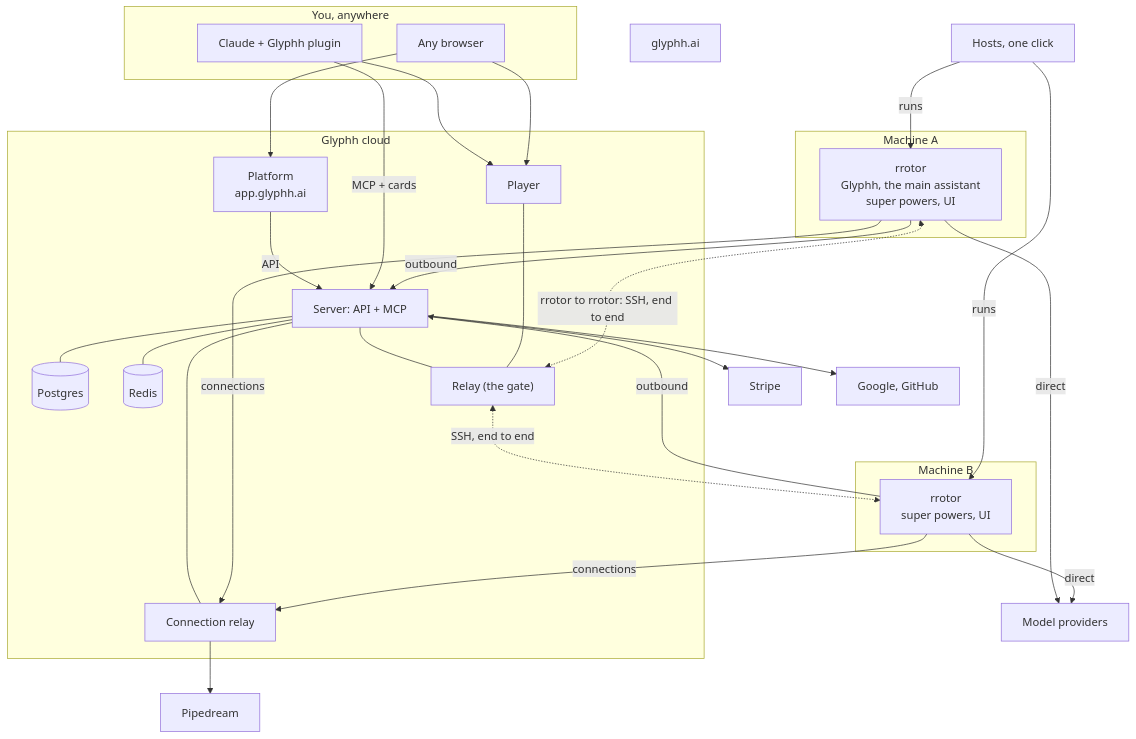
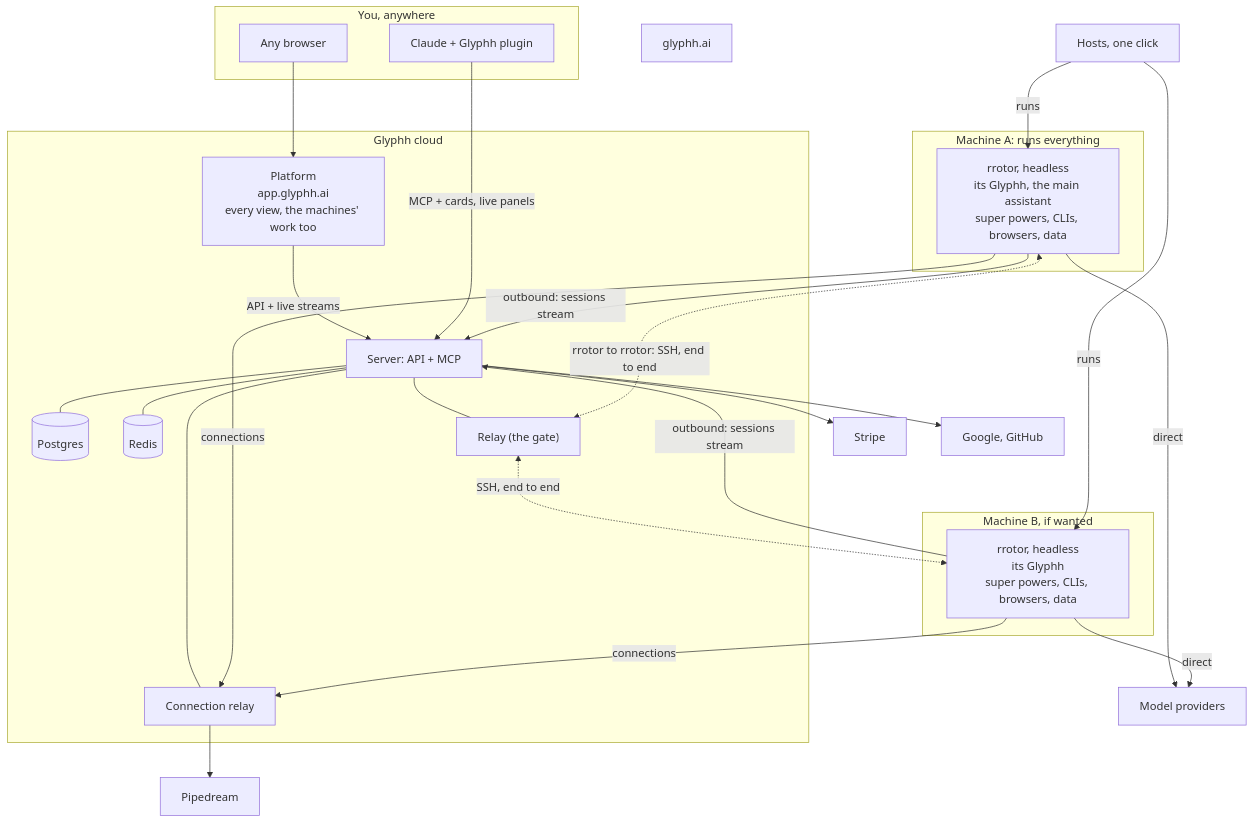
One commit to glyphh-ai/server changed the first of 2 diagrams in docs/architecture.md. Above: the diagram before and after it, drawn with Mermaid. The commit also changed other lines of this file, not shown here.

Commit message:
Architecture: the component library is back in the platform (rrotor is headless)

````diff
--- a/docs/architecture.md
+++ b/docs/architecture.md
@@ -7,56 +7,52 @@
 ```mermaid
 flowchart TB
     subgraph You["You, anywhere"]
         Claude["Claude + Glyphh plugin"]
         Browser["Any browser"]
     end
 
     subgraph Cloud["Glyphh cloud"]
-        Platform["Platform<br/>app.glyphh.ai"]
-        Player["Player"]
+        Platform["Platform<br/>app.glyphh.ai<br/>every view, the machines' work too"]
         Server["Server: API + MCP"]
         DB[("Postgres")]
         Live[("Redis")]
         Relay["Relay (the gate)"]
         ConnRelay["Connection relay"]
         Server --- DB
         Server --- Live
         Server --- Relay
         Server --- ConnRelay
-        Platform -- "API" --> Server
-        Player --- Relay
+        Platform -- "API + live streams" --> Server
     end
 
-    subgraph A["Machine A"]
-        RA["rrotor<br/>Glyphh, the main assistant<br/>super powers, UI"]
+    subgraph A["Machine A: runs everything"]
+        RA["rrotor, headless<br/>its Glyphh, the main assistant<br/>super powers, CLIs, browsers, data"]
     end
 
-    subgraph B["Machine B"]
-        RB["rrotor<br/>super powers, UI"]
+    subgraph B["Machine B, if wanted"]
+        RB["rrotor, headless<br/>its Glyphh<br/>super powers, CLIs, browsers, data"]
     end
 
     Providers["Model providers"]
     Pipedream["Pipedream"]
     Hosts["Hosts, one click"]
     Stripe["Stripe"]
     SignIn["Google, GitHub"]
     Site["glyphh.ai"]
 
-    Claude -- "MCP + cards" --> Server
-    Claude --> Player
+    Claude -- "MCP + cards, live panels" --> Server
     Browser --> Platform
-    Browser --> Player
     RA <-. "rrotor to rrotor: SSH, end to end" .-> Relay
     Relay <-. "SSH, end to end" .-> RB
-    RA -- "outbound" --> Server
-    RB -- "outbound" --> Server
+    RA -- "outbound: sessions stream" --> Server
+    RB -- "outbound: sessions stream" --> Server
     RA -- "direct" --> Providers
     RB -- "direct" --> Providers
     RA -- "connections" --> ConnRelay
     RB -- "connections" --> ConnRelay
     ConnRelay --> Pipedream
     Hosts -- "runs" --> RA
     Hosts -- "runs" --> RB
     Server --> SignIn
     Server --> Stripe
 ```
````
